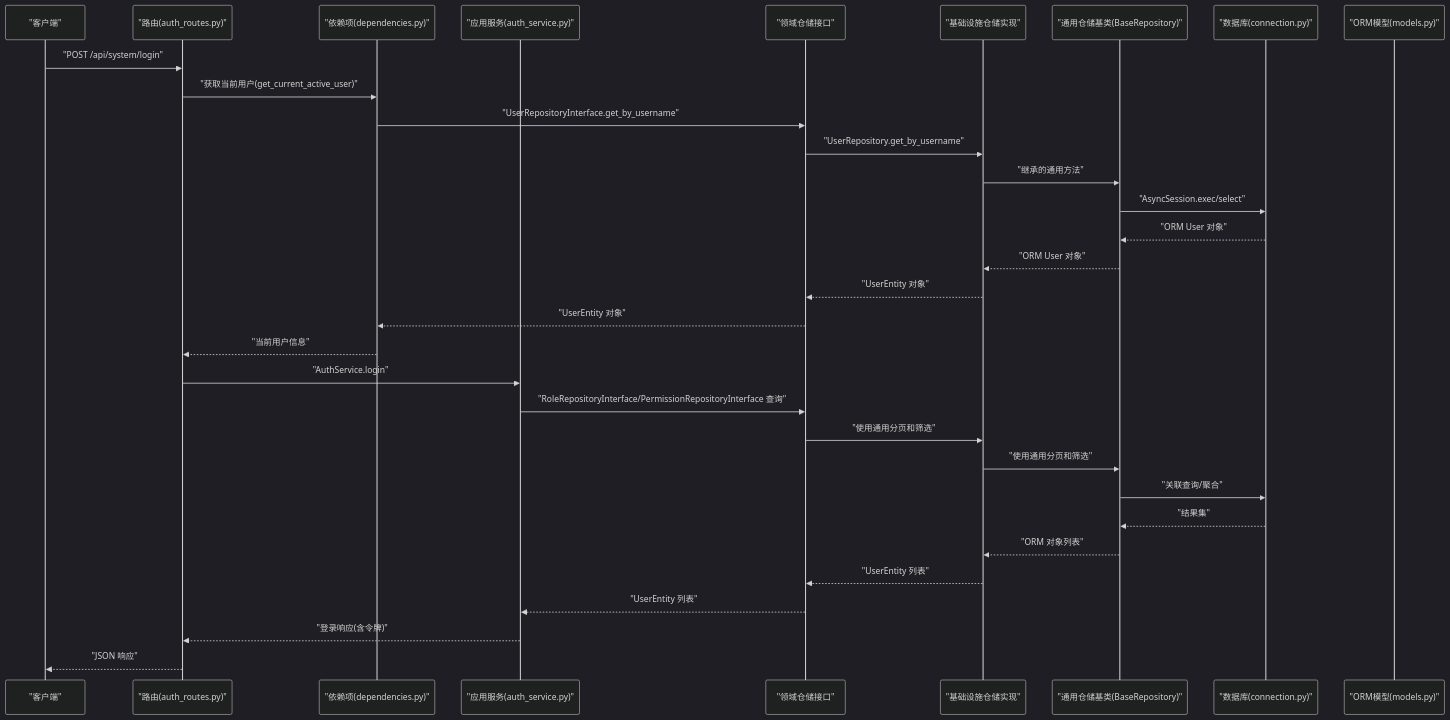
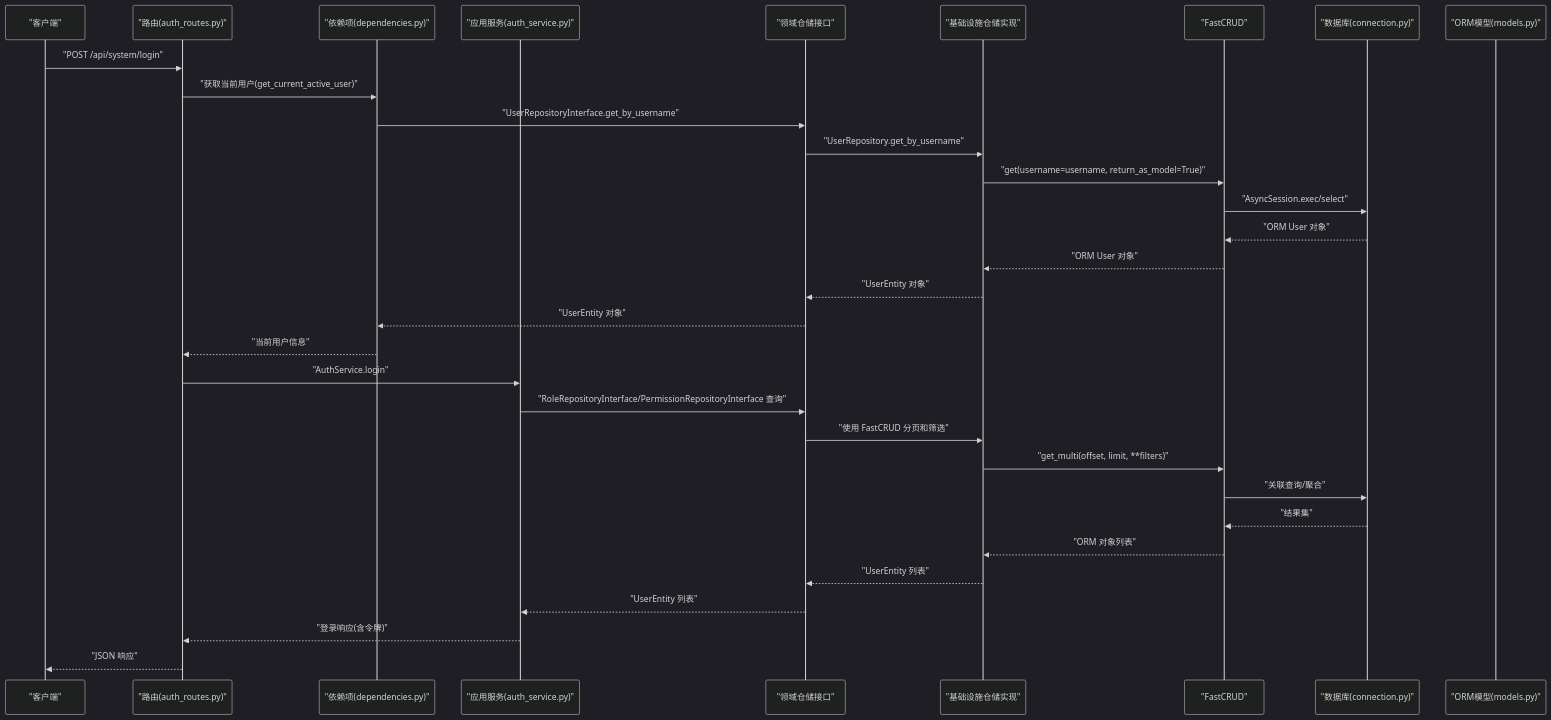
The second of 7 diagrams in .qoder/repowiki/zh/content/后端架构设计/DDD 分层架构详解/基础设施层（Data Access）.md (taoweidong/Hello-FastApi), drawn with Mermaid (dark theme) before and after one commit. The commit also changed other lines of this file and 75 other files, not shown here.

````diff
--- a/.qoder/repowiki/zh/content/后端架构设计/DDD 分层架构详解/基础设施层（Data Access）.md
+++ b/.qoder/repowiki/zh/content/后端架构设计/DDD 分层架构详解/基础设施层（Data Access）.md
@@ -142,34 +138,34 @@
 ```mermaid
 sequenceDiagram
 participant Client as "客户端"
 participant API as "路由(auth_routes.py)"
 participant Dep as "依赖项(dependencies.py)"
 participant Svc as "应用服务(auth_service.py)"
 participant DomainRepo as "领域仓储接口"
 participant InfraRepo as "基础设施仓储实现"
-participant BaseRepo as "通用仓储基类(BaseRepository)"
+participant FastCRUD as "FastCRUD"
 participant DB as "数据库(connection.py)"
 participant Model as "ORM模型(models.py)"
 Client->>API : "POST /api/system/login"
 API->>Dep : "获取当前用户(get_current_active_user)"
 Dep->>DomainRepo : "UserRepositoryInterface.get_by_username"
 DomainRepo->>InfraRepo : "UserRepository.get_by_username"
-InfraRepo->>BaseRepo : "继承的通用方法"
-BaseRepo->>DB : "AsyncSession.exec/select"
-DB-->>BaseRepo : "ORM User 对象"
-BaseRepo-->>InfraRepo : "ORM User 对象"
+InfraRepo->>FastCRUD : "get(username=username, return_as_model=True)"
+FastCRUD->>DB : "AsyncSession.exec/select"
+DB-->>FastCRUD : "ORM User 对象"
+FastCRUD-->>InfraRepo : "ORM User 对象"
 InfraRepo-->>DomainRepo : "UserEntity 对象"
 DomainRepo-->>Dep : "UserEntity 对象"
 Dep-->>API : "当前用户信息"
 API->>Svc : "AuthService.login"
 Svc->>DomainRepo : "RoleRepositoryInterface/PermissionRepositoryInterface 查询"
-DomainRepo->>InfraRepo : "使用通用分页和筛选"
-InfraRepo->>BaseRepo : "使用通用分页和筛选"
-BaseRepo->>DB : "关联查询/聚合"
-DB-->>BaseRepo : "结果集"
-BaseRepo-->>InfraRepo : "ORM 对象列表"
+DomainRepo->>InfraRepo : "使用 FastCRUD 分页和筛选"
+InfraRepo->>FastCRUD : "get_multi(offset, limit, **filters)"
+FastCRUD->>DB : "关联查询/聚合"
+DB-->>FastCRUD : "结果集"
+FastCRUD-->>InfraRepo : "ORM 对象列表"
 InfraRepo-->>DomainRepo : "UserEntity 列表"
 DomainRepo-->>Svc : "UserEntity 列表"
 Svc-->>API : "登录响应(含令牌)"
 API-->>Client : "JSON 响应"
 ```
````
